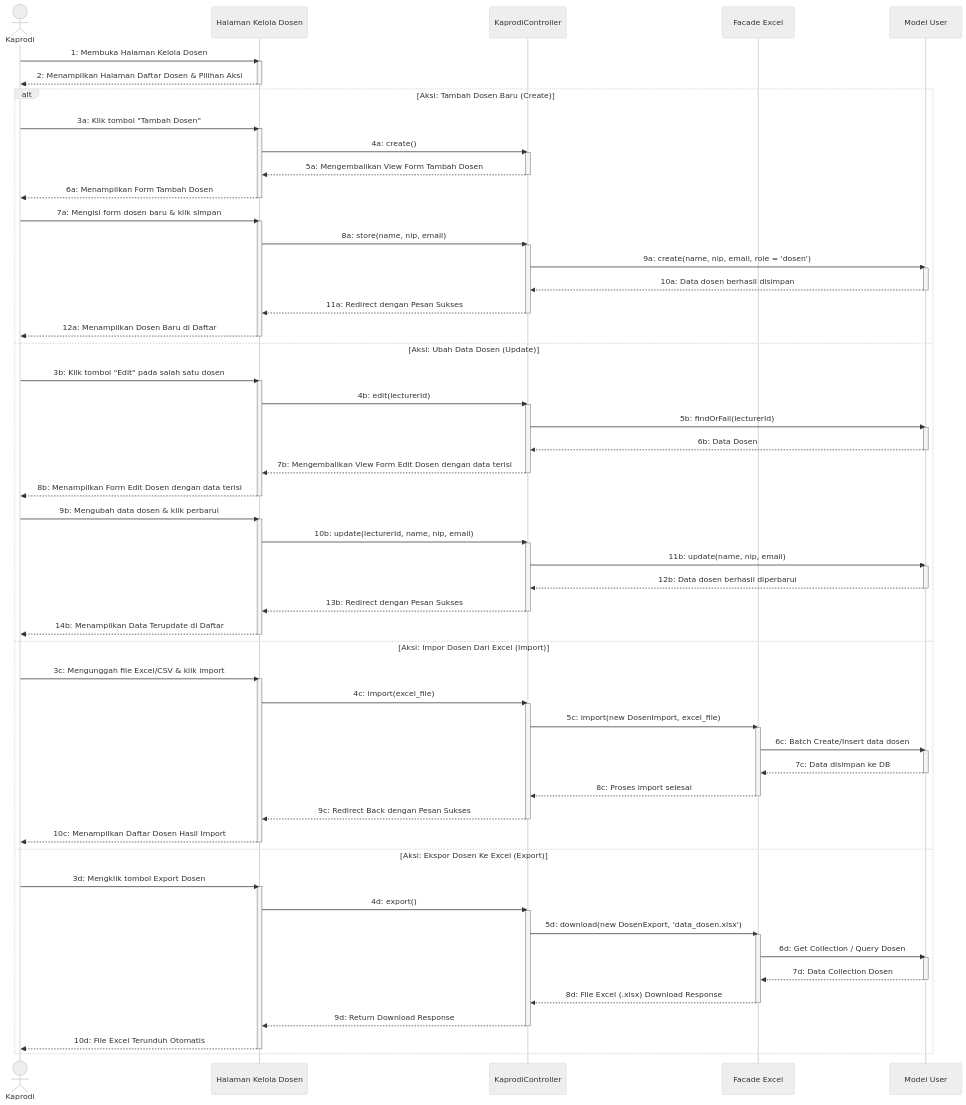
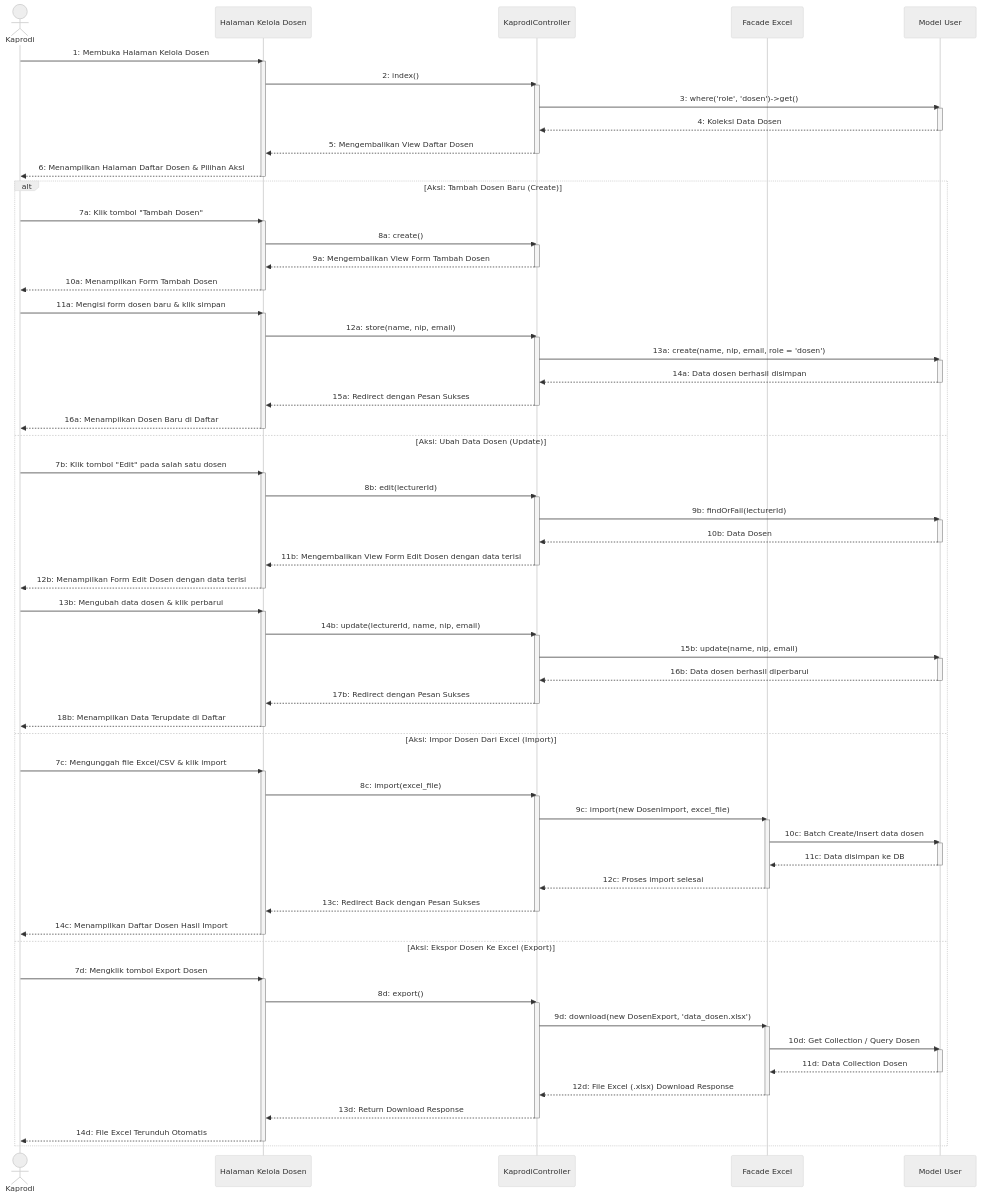
Before and after one commit to Duandi04/ta_submission: the diagram in docs/uml/Sequence Diagram/Kaprodi/sequence_diagram_kelola_dosen.md, drawn with Mermaid (neutral theme). The commit also changed 7 other files, not shown here.

Commit message:
docs: add sequence diagrams for Kaprodi management and user profile features

````diff
--- a/docs/uml/Sequence Diagram/Kaprodi/sequence_diagram_kelola_dosen.md
+++ b/docs/uml/Sequence Diagram/Kaprodi/sequence_diagram_kelola_dosen.md
@@ -15,96 +15,104 @@
     %% ==========================================
     Kaprodi->>UI: 1: Membuka Halaman Kelola Dosen
     activate UI
-    UI-->>Kaprodi: 2: Menampilkan Halaman Daftar Dosen & Pilihan Aksi
+    UI->>Ctrl: 2: index()
+    activate Ctrl
+    Ctrl->>Model: 3: where('role', 'dosen')->get()
+    activate Model
+    Model-->>Ctrl: 4: Koleksi Data Dosen
+    deactivate Model
+    Ctrl-->>UI: 5: Mengembalikan View Daftar Dosen
+    deactivate Ctrl
+    UI-->>Kaprodi: 6: Menampilkan Halaman Daftar Dosen & Pilihan Aksi
     deactivate UI
 
     %% ==========================================
     %% TAHAP LANJUTAN: PILIHAN TINDAKAN (ALT BLOCK)
     %% ==========================================
     alt Aksi: Tambah Dosen Baru (Create)
-        Kaprodi->>UI: 3a: Klik tombol "Tambah Dosen"
+        Kaprodi->>UI: 7a: Klik tombol "Tambah Dosen"
         activate UI
-        UI->>Ctrl: 4a: create()
+        UI->>Ctrl: 8a: create()
         activate Ctrl
-        Ctrl-->>UI: 5a: Mengembalikan View Form Tambah Dosen
+        Ctrl-->>UI: 9a: Mengembalikan View Form Tambah Dosen
         deactivate Ctrl
-        UI-->>Kaprodi: 6a: Menampilkan Form Tambah Dosen
+        UI-->>Kaprodi: 10a: Menampilkan Form Tambah Dosen
         deactivate UI
         
-        Kaprodi->>UI: 7a: Mengisi form dosen baru & klik simpan
+        Kaprodi->>UI: 11a: Mengisi form dosen baru & klik simpan
         activate UI
-        UI->>Ctrl: 8a: store(name, nip, email)
+        UI->>Ctrl: 12a: store(name, nip, email)
         activate Ctrl
-        Ctrl->>Model: 9a: create(name, nip, email, role = 'dosen')
+        Ctrl->>Model: 13a: create(name, nip, email, role = 'dosen')
         activate Model
-        Model-->>Ctrl: 10a: Data dosen berhasil disimpan
+        Model-->>Ctrl: 14a: Data dosen berhasil disimpan
         deactivate Model
-        Ctrl-->>UI: 11a: Redirect dengan Pesan Sukses
+        Ctrl-->>UI: 15a: Redirect dengan Pesan Sukses
         deactivate Ctrl
-        UI-->>Kaprodi: 12a: Menampilkan Dosen Baru di Daftar
+        UI-->>Kaprodi: 16a: Menampilkan Dosen Baru di Daftar
         deactivate UI
 
     else Aksi: Ubah Data Dosen (Update)
-        Kaprodi->>UI: 3b: Klik tombol "Edit" pada salah satu dosen
+        Kaprodi->>UI: 7b: Klik tombol "Edit" pada salah satu dosen
         activate UI
-        UI->>Ctrl: 4b: edit(lecturerId)
+        UI->>Ctrl: 8b: edit(lecturerId)
         activate Ctrl
-        Ctrl->>Model: 5b: findOrFail(lecturerId)
+        Ctrl->>Model: 9b: findOrFail(lecturerId)
         activate Model
-        Model-->>Ctrl: 6b: Data Dosen
+        Model-->>Ctrl: 10b: Data Dosen
         deactivate Model
-        Ctrl-->>UI: 7b: Mengembalikan View Form Edit Dosen dengan data terisi
+        Ctrl-->>UI: 11b: Mengembalikan View Form Edit Dosen dengan data terisi
         deactivate Ctrl
-        UI-->>Kaprodi: 8b: Menampilkan Form Edit Dosen dengan data terisi
+        UI-->>Kaprodi: 12b: Menampilkan Form Edit Dosen dengan data terisi
         deactivate UI
 
-        Kaprodi->>UI: 9b: Mengubah data dosen & klik perbarui
+        Kaprodi->>UI: 13b: Mengubah data dosen & klik perbarui
         activate UI
-        UI->>Ctrl: 10b: update(lecturerId, name, nip, email)
+        UI->>Ctrl: 14b: update(lecturerId, name, nip, email)
         activate Ctrl
-        Ctrl->>Model: 11b: update(name, nip, email)
+        Ctrl->>Model: 15b: update(name, nip, email)
         activate Model
-        Model-->>Ctrl: 12b: Data dosen berhasil diperbarui
+        Model-->>Ctrl: 16b: Data dosen berhasil diperbarui
         deactivate Model
-        Ctrl-->>UI: 13b: Redirect dengan Pesan Sukses
+        Ctrl-->>UI: 17b: Redirect dengan Pesan Sukses
         deactivate Ctrl
-        UI-->>Kaprodi: 14b: Menampilkan Data Terupdate di Daftar
+        UI-->>Kaprodi: 18b: Menampilkan Data Terupdate di Daftar
         deactivate UI
 
     else Aksi: Impor Dosen Dari Excel (Import)
-        Kaprodi->>UI: 3c: Mengunggah file Excel/CSV & klik import
+        Kaprodi->>UI: 7c: Mengunggah file Excel/CSV & klik import
         activate UI
-        UI->>Ctrl: 4c: import(excel_file)
+        UI->>Ctrl: 8c: import(excel_file)
         activate Ctrl
-        Ctrl->>Excel: 5c: import(new DosenImport, excel_file)
+        Ctrl->>Excel: 9c: import(new DosenImport, excel_file)
         activate Excel
-        Excel->>Model: 6c: Batch Create/Insert data dosen
+        Excel->>Model: 10c: Batch Create/Insert data dosen
         activate Model
-        Model-->>Excel: 7c: Data disimpan ke DB
+        Model-->>Excel: 11c: Data disimpan ke DB
         deactivate Model
-        Excel-->>Ctrl: 8c: Proses import selesai
+        Excel-->>Ctrl: 12c: Proses import selesai
         deactivate Excel
-        Ctrl-->>UI: 9c: Redirect Back dengan Pesan Sukses
+        Ctrl-->>UI: 13c: Redirect Back dengan Pesan Sukses
         deactivate Ctrl
-        UI-->>Kaprodi: 10c: Menampilkan Daftar Dosen Hasil Import
+        UI-->>Kaprodi: 14c: Menampilkan Daftar Dosen Hasil Import
         deactivate UI
 
     else Aksi: Ekspor Dosen Ke Excel (Export)
-        Kaprodi->>UI: 3d: Mengklik tombol Export Dosen
+        Kaprodi->>UI: 7d: Mengklik tombol Export Dosen
         activate UI
-        UI->>Ctrl: 4d: export()
+        UI->>Ctrl: 8d: export()
         activate Ctrl
-        Ctrl->>Excel: 5d: download(new DosenExport, 'data_dosen.xlsx')
+        Ctrl->>Excel: 9d: download(new DosenExport, 'data_dosen.xlsx')
         activate Excel
-        Excel->>Model: 6d: Get Collection / Query Dosen
+        Excel->>Model: 10d: Get Collection / Query Dosen
         activate Model
-        Model-->>Excel: 7d: Data Collection Dosen
+        Model-->>Excel: 11d: Data Collection Dosen
         deactivate Model
-        Excel-->>Ctrl: 8d: File Excel (.xlsx) Download Response
+        Excel-->>Ctrl: 12d: File Excel (.xlsx) Download Response
         deactivate Excel
-        Ctrl-->>UI: 9d: Return Download Response
+        Ctrl-->>UI: 13d: Return Download Response
         deactivate Ctrl
-        UI-->>Kaprodi: 10d: File Excel Terunduh Otomatis
+        UI-->>Kaprodi: 14d: File Excel Terunduh Otomatis
         deactivate UI
     end
 ```
````
